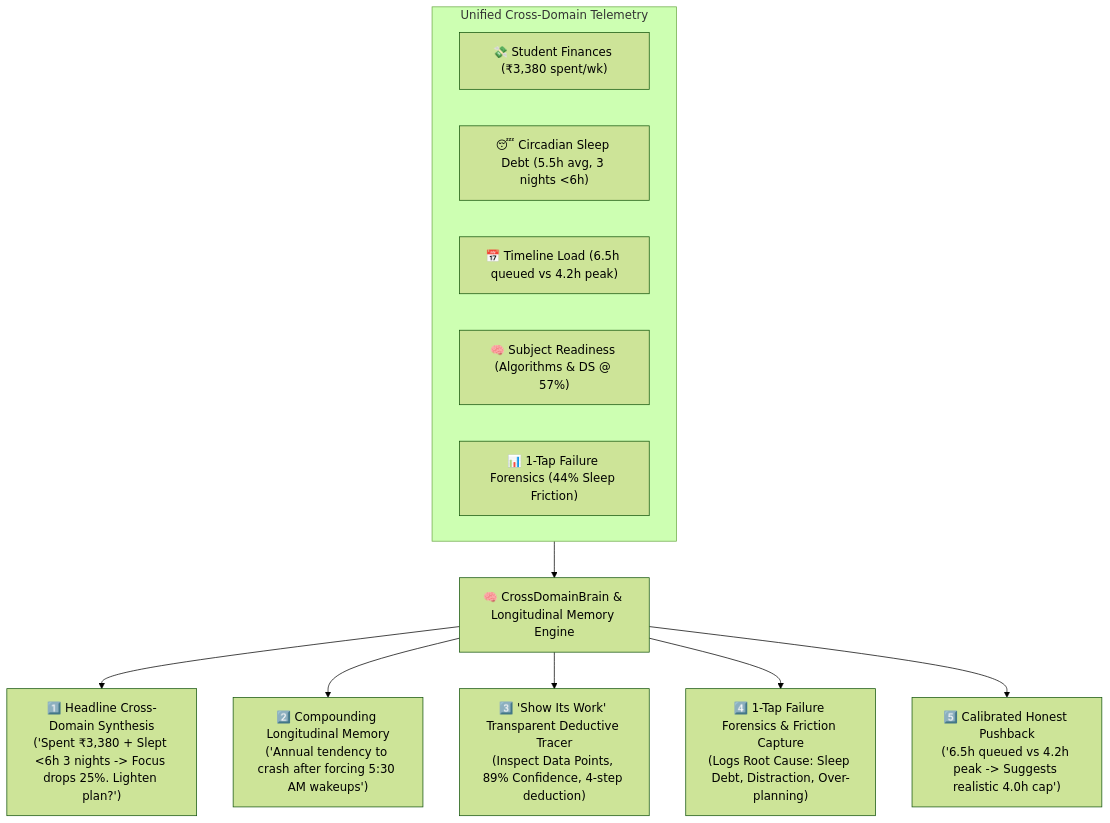
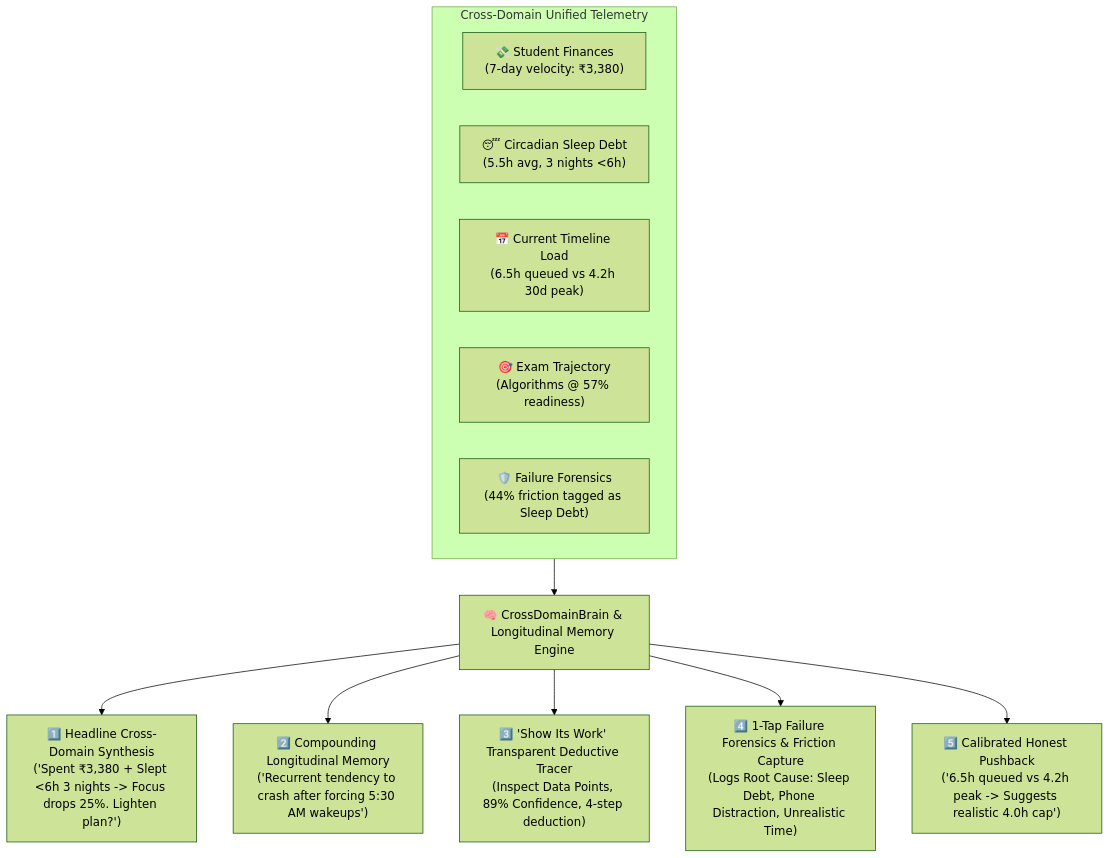
The diagram in README.md (ai-mohitkumar/Sahay), drawn with Mermaid (forest theme) before and after one commit. The commit also changed other lines of this file, not shown here.

````diff
--- a/README.md
+++ b/README.md
@@ -20,18 +40,18 @@
 ```mermaid
 flowchart TD
-    subgraph DataTelemetry["Unified Cross-Domain Telemetry"]
-        Wallet["💸 Student Finances (₹3,380 spent/wk)"]
-        Sleep["😴 Circadian Sleep Debt (5.5h avg, 3 nights <6h)"]
-        Workload["📅 Timeline Load (6.5h queued vs 4.2h peak)"]
-        Readiness["🧠 Subject Readiness (Algorithms & DS @ 57%)"]
-        Forensics["📊 1-Tap Failure Forensics (44% Sleep Friction)"]
+    subgraph Ingestion["Cross-Domain Unified Telemetry"]
+        Fin["💸 Student Finances\n(7-day velocity: ₹3,380)"]
+        Sleep["😴 Circadian Sleep Debt\n(5.5h avg, 3 nights <6h)"]
+        Load["📅 Current Timeline Load\n(6.5h queued vs 4.2h 30d peak)"]
+        Exam["🎯 Exam Trajectory\n(Algorithms @ 57% readiness)"]
+        Forensics["🛡️ Failure Forensics\n(44% friction tagged as Sleep Debt)"]
     end
 
-    DataTelemetry --> Brain["🧠 CrossDomainBrain & Longitudinal Memory Engine"]
+    Ingestion --> Engine["🧠 CrossDomainBrain & Longitudinal Memory Engine"]
 
-    Brain --> P1["1️⃣ Headline Cross-Domain Synthesis\n('Spent ₹3,380 + Slept <6h 3 nights -> Focus drops 25%. Lighten plan?')"]
-    Brain --> P2["2️⃣ Compounding Longitudinal Memory\n('Annual tendency to crash after forcing 5:30 AM wakeups')"]
-    Brain --> P3["3️⃣ 'Show Its Work' Transparent Deductive Tracer\n(Inspect Data Points, 89% Confidence, 4-step deduction)"]
-    Brain --> P4["4️⃣ 1-Tap Failure Forensics & Friction Capture\n(Logs Root Cause: Sleep Debt, Distraction, Over-planning)"]
-    Brain --> P5["5️⃣ Calibrated Honest Pushback\n('6.5h queued vs 4.2h peak -> Suggests realistic 4.0h cap')"]
+    Engine --> Out1["1️⃣ Headline Cross-Domain Synthesis\n('Spent ₹3,380 + Slept <6h 3 nights -> Focus drops 25%. Lighten plan?')"]
+    Engine --> Out2["2️⃣ Compounding Longitudinal Memory\n('Recurrent tendency to crash after forcing 5:30 AM wakeups')"]
+    Engine --> Out3["3️⃣ 'Show Its Work' Transparent Deductive Tracer\n(Inspect Data Points, 89% Confidence, 4-step deduction)"]
+    Engine --> Out4["4️⃣ 1-Tap Failure Forensics & Friction Capture\n(Logs Root Cause: Sleep Debt, Phone Distraction, Unrealistic Time)"]
+    Engine --> Out5["5️⃣ Calibrated Honest Pushback\n('6.5h queued vs 4.2h peak -> Suggests realistic 4.0h cap')"]
 ```
````
